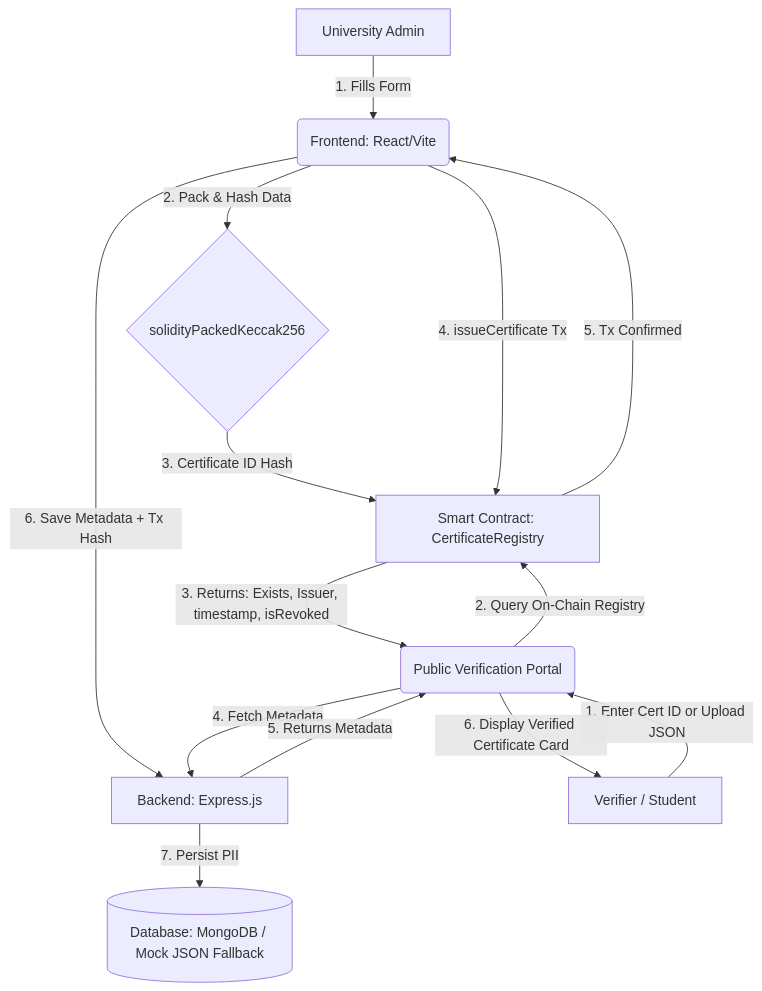
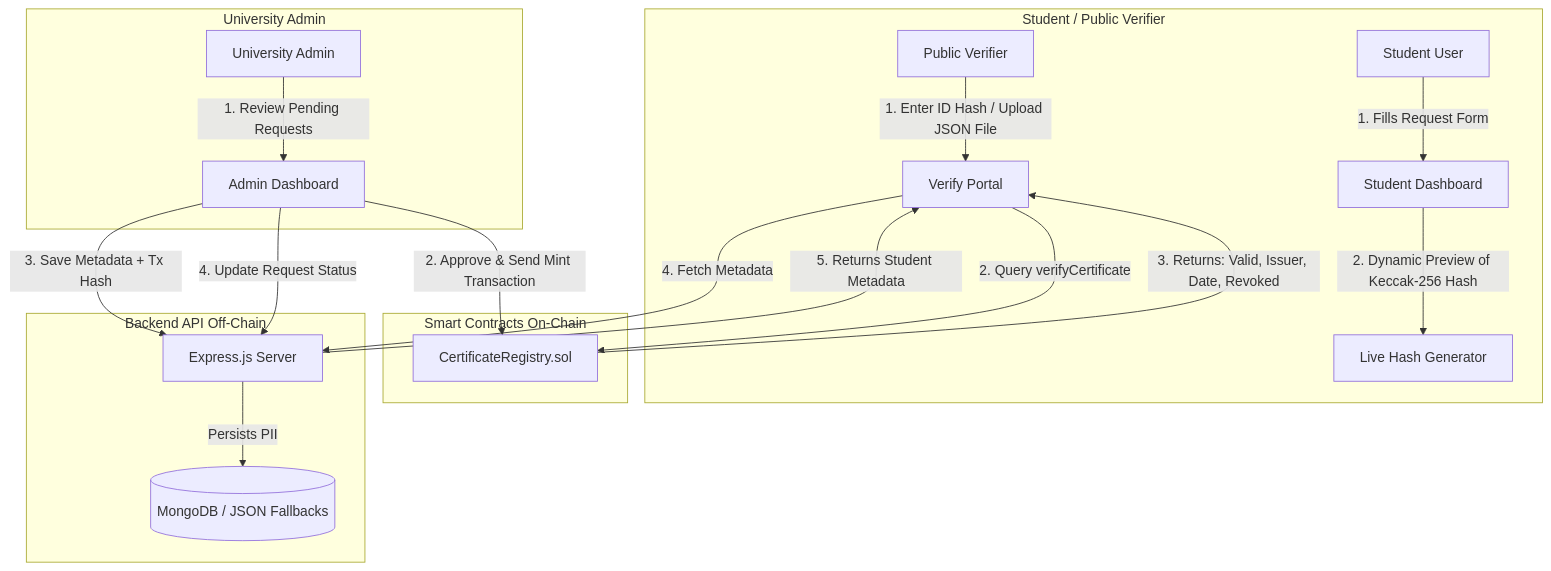
The diagram in README.md (MrunalGhorpade13/CertChain), drawn with Mermaid before and after one commit. The commit also changed other lines of this file and 13 other files, not shown here.

Commit message:
docs: enhance README with system architecture & setup guides; feat: optimize MongoDB IPv6 loopback connection and complete light/dark theme polish

````diff
--- a/README.md
+++ b/README.md
@@ -11,17 +16,28 @@
 ```mermaid
 graph TD
-    A[University Admin] -->|1. Fills Form| B(Frontend: React/Vite)
-    B -->|2. Pack & Hash Data| C{solidityPackedKeccak256}
-    C -->|3. Certificate ID Hash| D[Smart Contract: CertificateRegistry]
-    B -->|4. issueCertificate Tx| D
-    D -->|5. Tx Confirmed| B
-    B -->|6. Save Metadata + Tx Hash| E[Backend: Express.js]
-    E -->|7. Persist PII| F[(Database: MongoDB / Mock JSON Fallback)]
-    
-    G[Verifier / Student] -->|1. Enter Cert ID or Upload JSON| H(Public Verification Portal)
-    H -->|2. Query On-Chain Registry| D
-    D -->|3. Returns: Exists, Issuer, timestamp, isRevoked| H
-    H -->|4. Fetch Metadata| E
-    E -->|5. Returns Metadata| H
-    H -->|6. Display Verified Certificate Card| G
+    subgraph Student / Public Verifier
+        Student[Student User] -->|1. Fills Request Form| StudentDash[Student Dashboard]
+        StudentDash -->|2. Dynamic Preview of Keccak-256 Hash| HashPreview[Live Hash Generator]
+        Verifier[Public Verifier] -->|1. Enter ID Hash / Upload JSON File| VerifyPortal[Verify Portal]
+    end
+
+    subgraph Smart Contracts On-Chain
+        Registry[CertificateRegistry.sol]
+    end
+
+    subgraph Backend API Off-Chain
+        Express[Express.js Server] -->|Persists PII| DB[(MongoDB / JSON Fallbacks)]
+    end
+
+    subgraph University Admin
+        Admin[University Admin] -->|1. Review Pending Requests| AdminDash[Admin Dashboard]
+        AdminDash -->|2. Approve & Send Mint Transaction| Registry
+        AdminDash -->|3. Save Metadata + Tx Hash| Express
+        AdminDash -->|4. Update Request Status| Express
+    end
+
+    VerifyPortal -->|2. Query verifyCertificate| Registry
+    Registry -->|3. Returns: Valid, Issuer, Date, Revoked| VerifyPortal
+    VerifyPortal -->|4. Fetch Metadata| Express
+    Express -->|5. Returns Student Metadata| VerifyPortal
 ```
````
